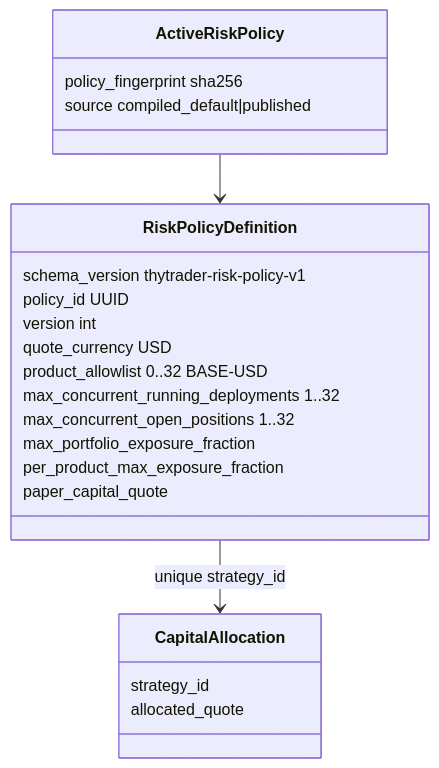
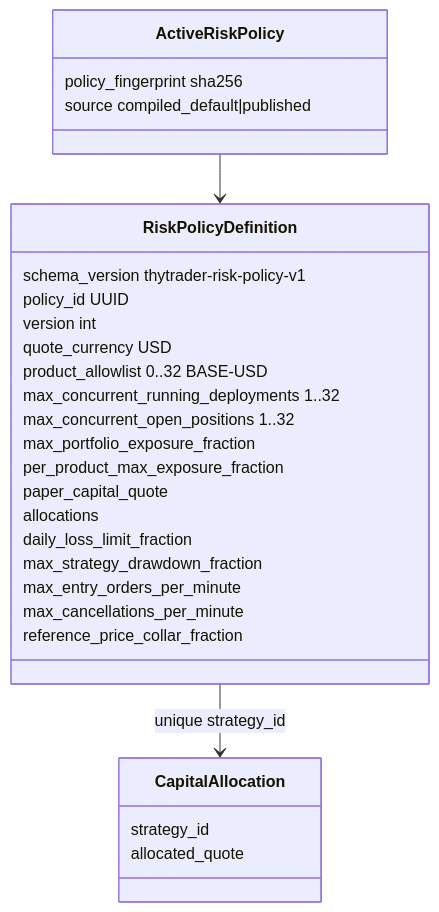
Before and after one commit to Zoltesh/thytrader: the second of 4 diagrams in docs/architecture/contracts/other-payloads.md, drawn with Mermaid. The commit also changed other lines of this file and 40 other files, not shown here.

First line of the commit message:
feat(risk): daily-loss, drawdown, rate limits, and collars

````diff
--- a/docs/architecture/contracts/other-payloads.md
+++ b/docs/architecture/contracts/other-payloads.md
@@ -34,25 +34,31 @@
 ```mermaid
 classDiagram
   class RiskPolicyDefinition {
     schema_version thytrader-risk-policy-v1
     policy_id UUID
     version int
     quote_currency USD
     product_allowlist 0..32 BASE-USD
     max_concurrent_running_deployments 1..32
     max_concurrent_open_positions 1..32
     max_portfolio_exposure_fraction
     per_product_max_exposure_fraction
     paper_capital_quote
+    allocations
+    daily_loss_limit_fraction
+    max_strategy_drawdown_fraction
+    max_entry_orders_per_minute
+    max_cancellations_per_minute
+    reference_price_collar_fraction
   }
   class CapitalAllocation {
     strategy_id
     allocated_quote
   }
   class ActiveRiskPolicy {
     policy_fingerprint sha256
     source compiled_default|published
   }
   RiskPolicyDefinition --> CapitalAllocation : unique strategy_id
   ActiveRiskPolicy --> RiskPolicyDefinition
 ```
````
